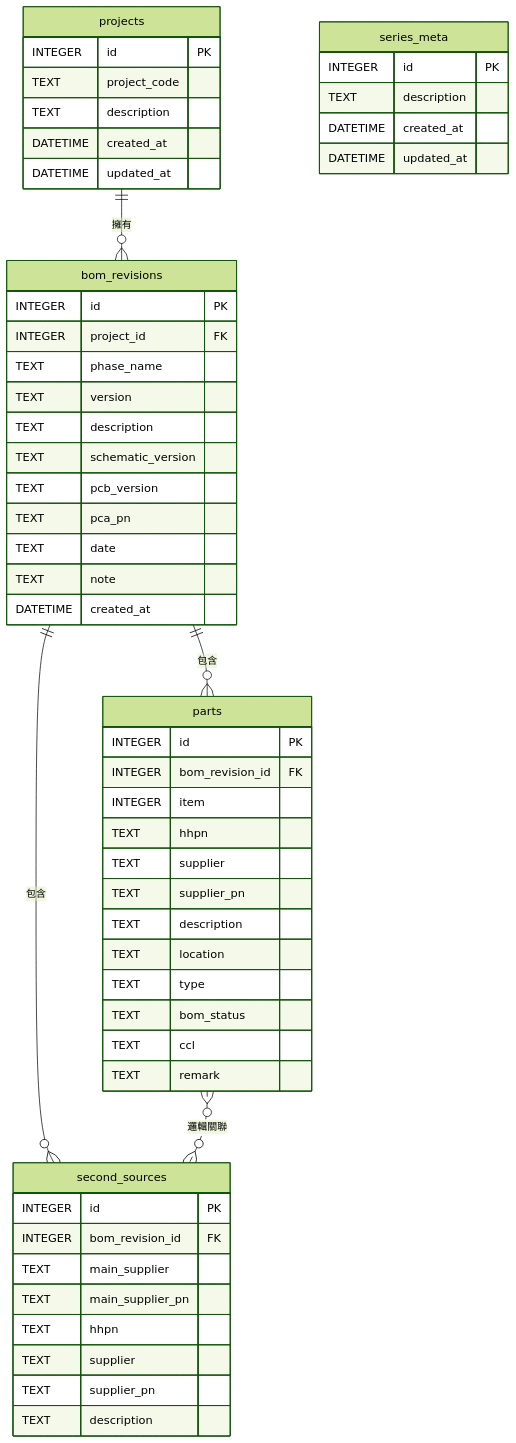
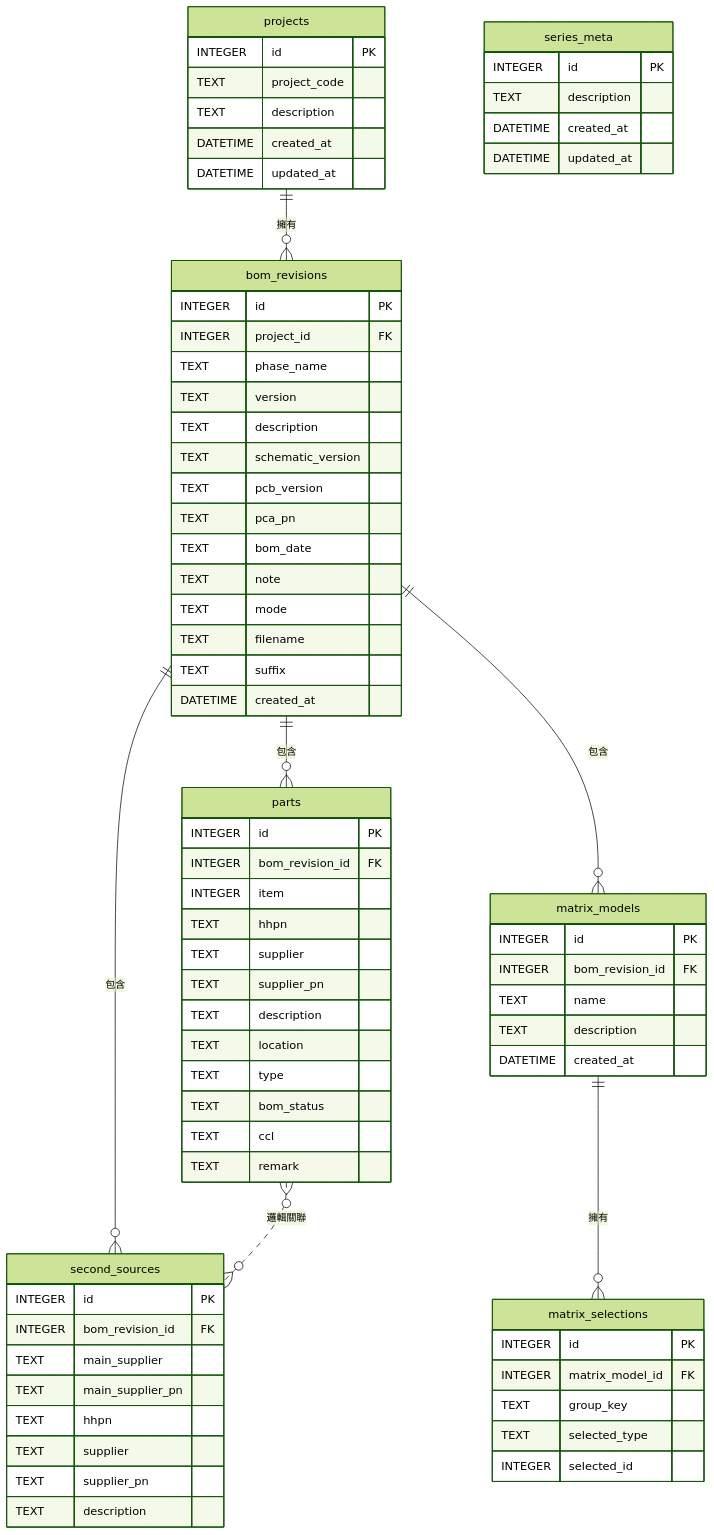
One commit to AngeloEyez/BOMIX changed the diagram in dev/DATABASE.md. Above: the diagram before and after it, drawn with Mermaid (forest theme). The commit also changed other lines of this file and 20 other files, not shown here.

First line of the commit message:
feat: 新增 Matrix BOM 功能

````diff
--- a/dev/DATABASE.md
+++ b/dev/DATABASE.md
@@ -27,7 +30,9 @@
     projects ||--o{ bom_revisions : "擁有"
     bom_revisions ||--o{ parts : "包含"
     bom_revisions ||--o{ second_sources : "包含"
+    bom_revisions ||--o{ matrix_models : "包含"
     parts }o..o{ second_sources : "邏輯關聯"
+    matrix_models ||--o{ matrix_selections : "擁有"
 
     series_meta {
         INTEGER id PK
@@ -53,8 +58,11 @@
         TEXT schematic_version
         TEXT pcb_version
         TEXT pca_pn
-        TEXT date
+        TEXT bom_date
         TEXT note
+        TEXT mode
+        TEXT filename
+        TEXT suffix
         DATETIME created_at
     }
 
@@ -83,4 +91,20 @@
         TEXT supplier_pn
         TEXT description
     }
+
+    matrix_models {
+        INTEGER id PK
+        INTEGER bom_revision_id FK
+        TEXT name
+        TEXT description
+        DATETIME created_at
+    }
+
+    matrix_selections {
+        INTEGER id PK
+        INTEGER matrix_model_id FK
+        TEXT group_key
+        TEXT selected_type
+        INTEGER selected_id
+    }
 ```
````
